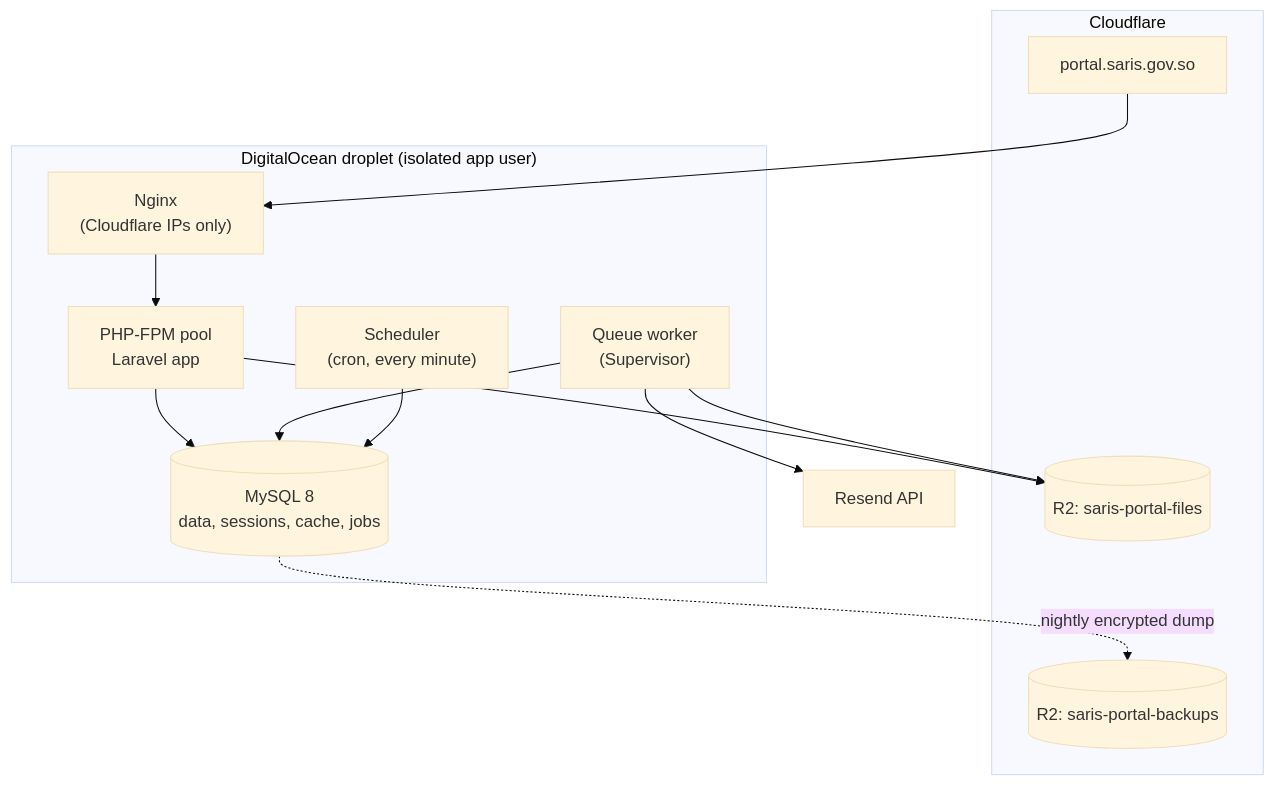
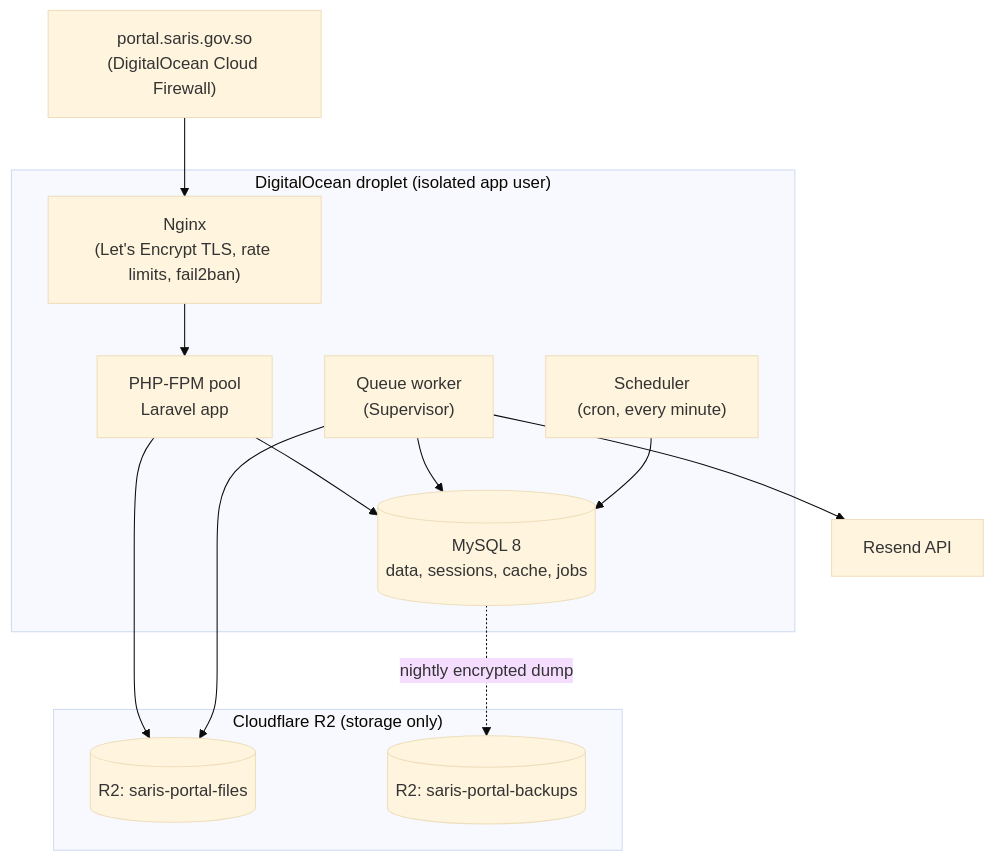
One commit to ahmed4so/PestControlSystem changed the second of 3 diagrams in docs/design/01-architecture.md. Above: the diagram before and after it, drawn with Mermaid (base theme). The commit also changed other lines of this file and 4 other files, not shown here.

````diff
--- a/docs/design/01-architecture.md
+++ b/docs/design/01-architecture.md
@@ -77,24 +78,25 @@
 ```mermaid
 flowchart TB
-    subgraph Edge["Cloudflare"]
-        DNS["portal.saris.gov.so"]
+    subgraph Edge["Cloudflare R2 (storage only)"]
         R2[("R2: saris-portal-files")]
         R2B[("R2: saris-portal-backups")]
     end
 
+    DNS["portal.saris.gov.so<br/>(DigitalOcean Cloud Firewall)"]
+
     subgraph Droplet["DigitalOcean droplet (isolated app user)"]
-        NGX["Nginx<br/>(Cloudflare IPs only)"]
+        NGX["Nginx<br/>(Let's Encrypt TLS, rate limits, fail2ban)"]
         FPM["PHP-FPM pool<br/>Laravel app"]
         QW["Queue worker<br/>(Supervisor)"]
         SCH["Scheduler<br/>(cron, every minute)"]
         DB[("MySQL 8<br/>data, sessions, cache, jobs")]
     end
 
     DNS --> NGX --> FPM --> DB
     QW --> DB
     SCH --> DB
     FPM --> R2
     QW --> R2
     QW --> RES["Resend API"]
     DB -. nightly encrypted dump .-> R2B
 ```
````
